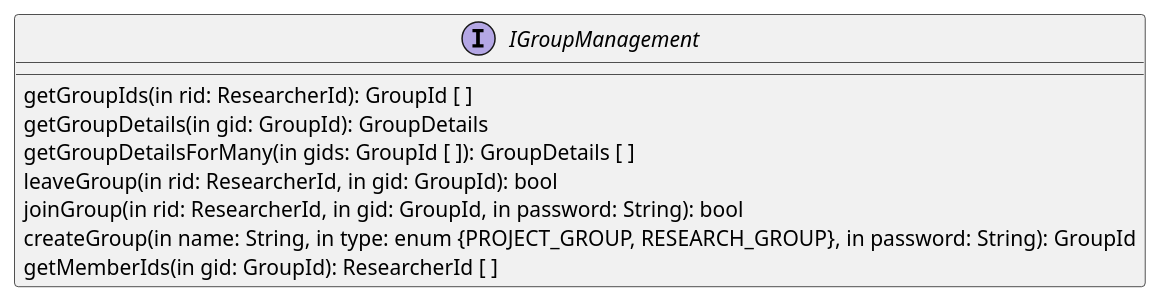
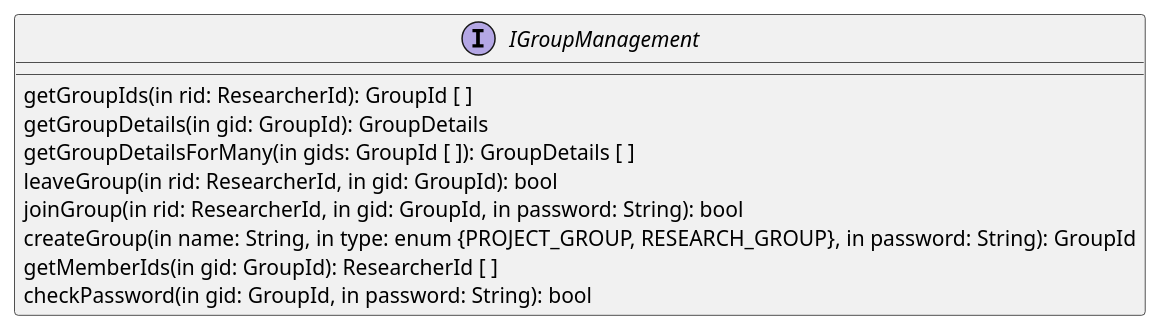
The first of 4 diagrams in doc/ch6-comp-interaction/business-interfaces.org (bugagashen6ka/quark), drawn with PlantUML before and after one commit. The commit also changed other lines of this file and 1 other file, not shown here.

Commit message:
Update auxiliary types w.r.t. password management; Small style fixes.

```diff
--- a/doc/ch6-comp-interaction/business-interfaces.org
+++ b/doc/ch6-comp-interaction/business-interfaces.org
@@ -2,11 +2,12 @@
   #+begin_src plantuml :file ./igroup_management.png
   interface IGroupManagement {
     getGroupIds(in rid: ResearcherId): GroupId [ ]
     getGroupDetails(in gid: GroupId): GroupDetails
     getGroupDetailsForMany(in gids: GroupId [ ]): GroupDetails [ ]
     leaveGroup(in rid: ResearcherId, in gid: GroupId): bool
     joinGroup(in rid: ResearcherId, in gid: GroupId, in password: String): bool
     createGroup(in name: String, in type: enum {PROJECT_GROUP, RESEARCH_GROUP}, in password: String): GroupId
     getMemberIds(in gid: GroupId): ResearcherId [ ]
+    checkPassword(in gid: GroupId, in password: String): bool
   }
   #+END_src
```
